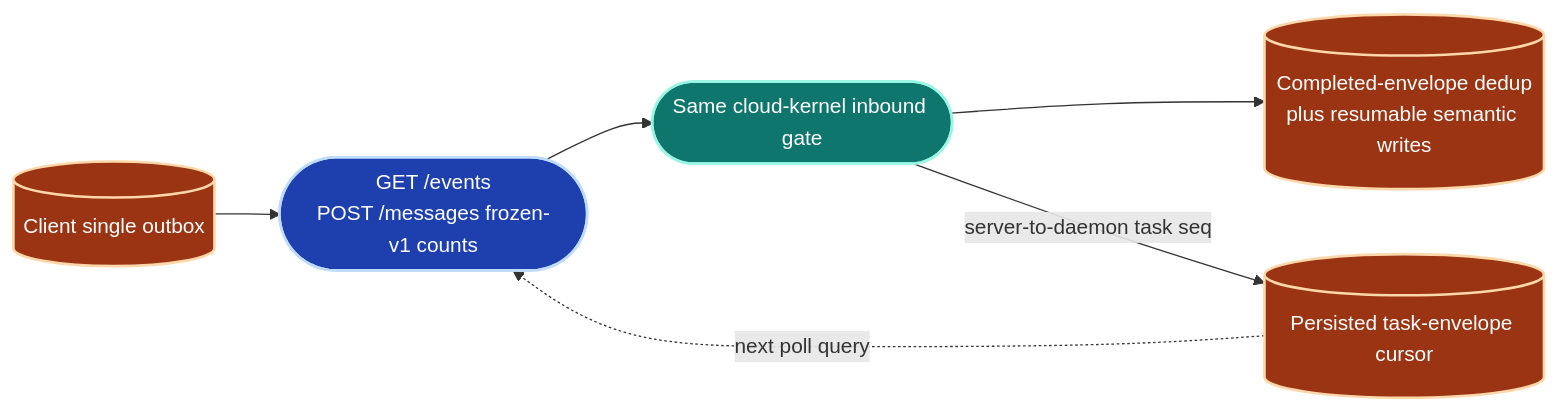
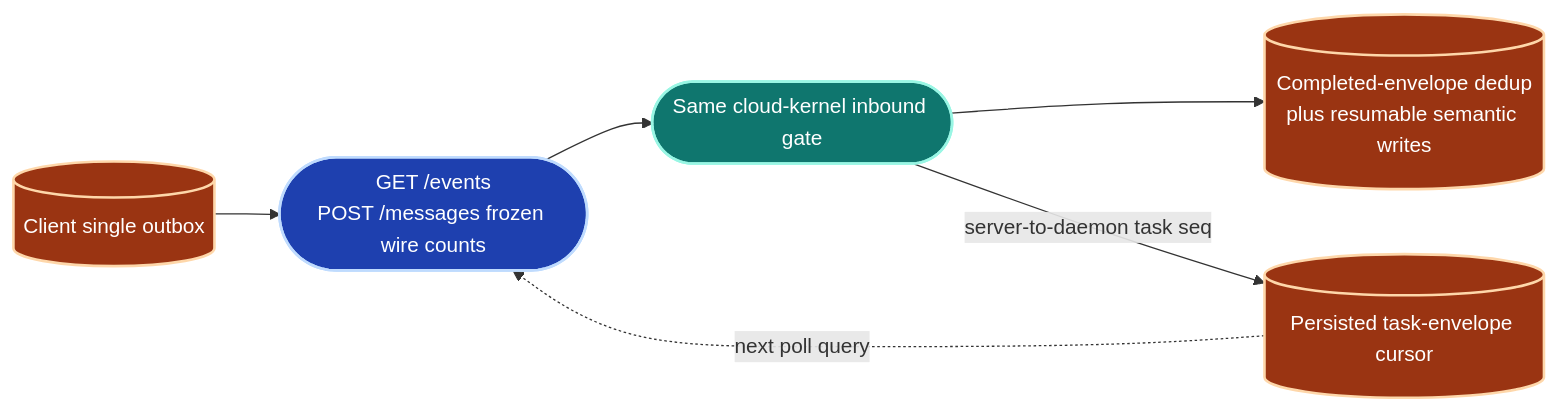
One commit to Ancienttwo/byok-sdk changed diagram 12 of 22 in docs/architecture/sdk-architecture.md. Above: the diagram before and after it, drawn with Mermaid. The commit also changed other lines of this file and 14 other files, not shown here.

````diff
--- a/docs/architecture/sdk-architecture.md
+++ b/docs/architecture/sdk-architecture.md
@@ -859,17 +866,17 @@
 ```mermaid
 flowchart LR
   classDef primary fill:#1e40af,stroke:#bfdbfe,stroke-width:2px,color:#fff
   classDef store fill:#9a3412,stroke:#fed7aa,stroke-width:2px,color:#fff
   classDef gate fill:#0f766e,stroke:#99f6e4,stroke-width:2px,color:#fff
 
   Outbox[("Client single outbox")]:::store
-  Poll(["GET /events<br/>POST /messages frozen-v1 counts"]):::primary
+  Poll(["GET /events<br/>POST /messages frozen wire counts"]):::primary
   Cloud(["Same cloud-kernel inbound gate"]):::gate
   Cursor[("Persisted task-envelope cursor")]:::store
   Dedup[("Completed-envelope dedup<br/>plus resumable semantic writes")]:::store
 
   Outbox --> Poll --> Cloud
   Cloud --> Dedup
   Cloud -->|"server-to-daemon task seq"| Cursor
   Cursor -.->|"next poll query"| Poll
 ```
````
